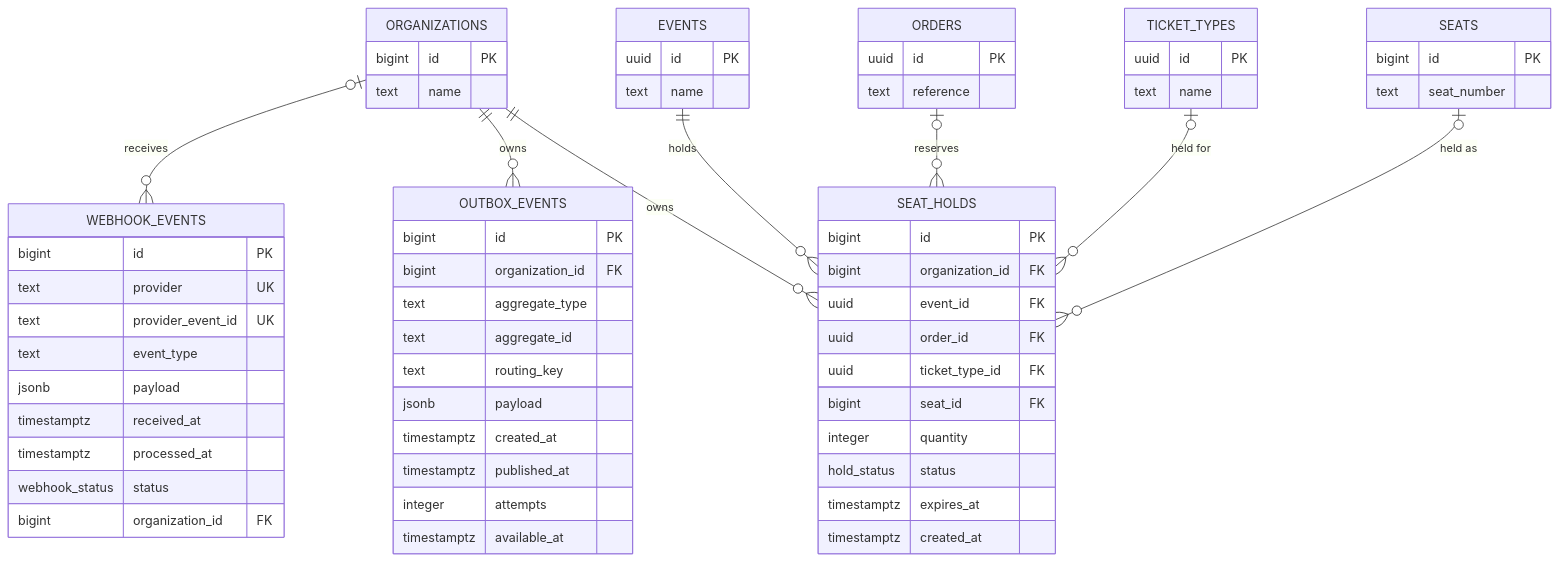
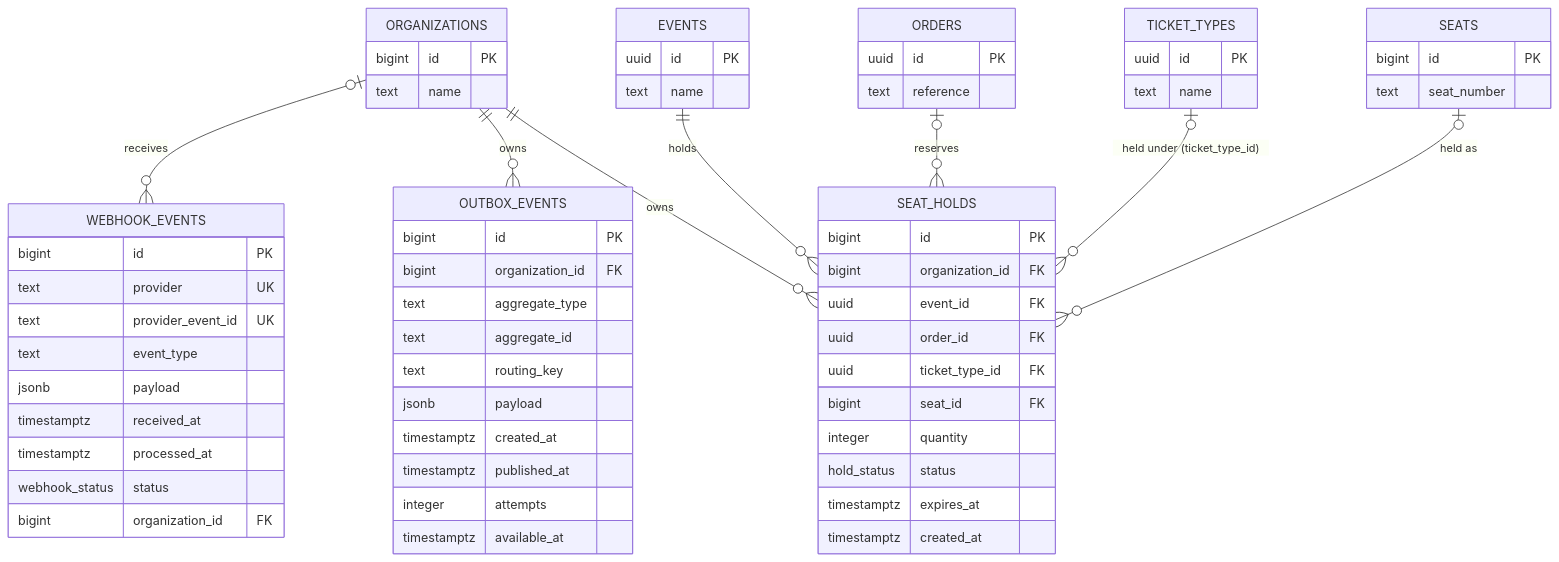
Before and after one commit to kaungkhantdev/eventa-docs: diagram 13 of 13 in 04-architecture/erd.md, drawn with Mermaid. The commit also changed other lines of this file and 4 other files, not shown here.

````diff
--- a/04-architecture/erd.md
+++ b/04-architecture/erd.md
@@ -1954,66 +1971,66 @@
 ```mermaid
 erDiagram
     OUTBOX_EVENTS {
         bigint id PK
         bigint organization_id FK
         text aggregate_type
         text aggregate_id
         text routing_key
         jsonb payload
         timestamptz created_at
         timestamptz published_at
         integer attempts
         timestamptz available_at
     }
     SEAT_HOLDS {
         bigint id PK
         bigint organization_id FK
         uuid event_id FK
         uuid order_id FK
         uuid ticket_type_id FK
         bigint seat_id FK
         integer quantity
         hold_status status
         timestamptz expires_at
         timestamptz created_at
     }
     WEBHOOK_EVENTS {
         bigint id PK
         text provider UK
         text provider_event_id UK
         text event_type
         jsonb payload
         timestamptz received_at
         timestamptz processed_at
         webhook_status status
         bigint organization_id FK
     }
     ORGANIZATIONS {
         bigint id PK
         text name
     }
     EVENTS {
         uuid id PK
         text name
     }
     ORDERS {
         uuid id PK
         text reference
     }
     TICKET_TYPES {
         uuid id PK
         text name
     }
     SEATS {
         bigint id PK
         text seat_number
     }
 
     ORGANIZATIONS ||--o{ OUTBOX_EVENTS : "owns"
     ORGANIZATIONS ||--o{ SEAT_HOLDS : "owns"
     ORGANIZATIONS |o--o{ WEBHOOK_EVENTS : "receives"
     EVENTS ||--o{ SEAT_HOLDS : "holds"
     ORDERS |o--o{ SEAT_HOLDS : "reserves"
-    TICKET_TYPES |o--o{ SEAT_HOLDS : "held for"
+    TICKET_TYPES |o--o{ SEAT_HOLDS : "held under (ticket_type_id)"
     SEATS |o--o{ SEAT_HOLDS : "held as"
 ```
````
